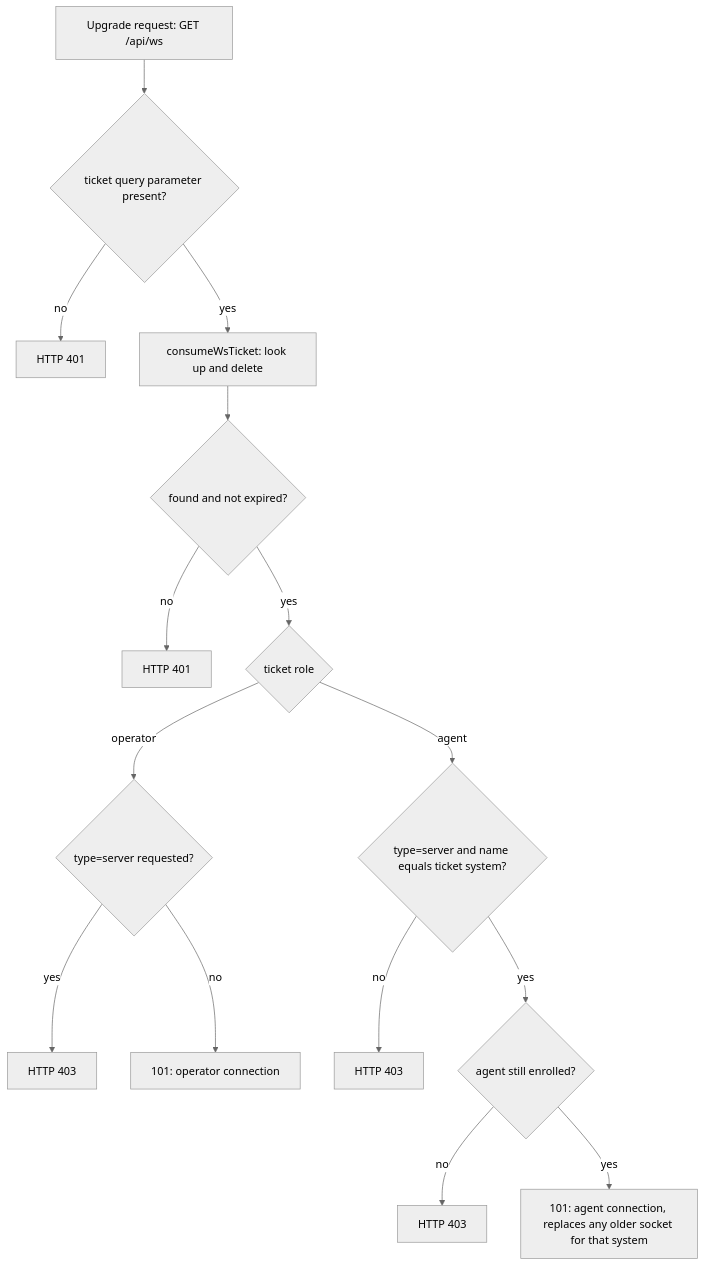
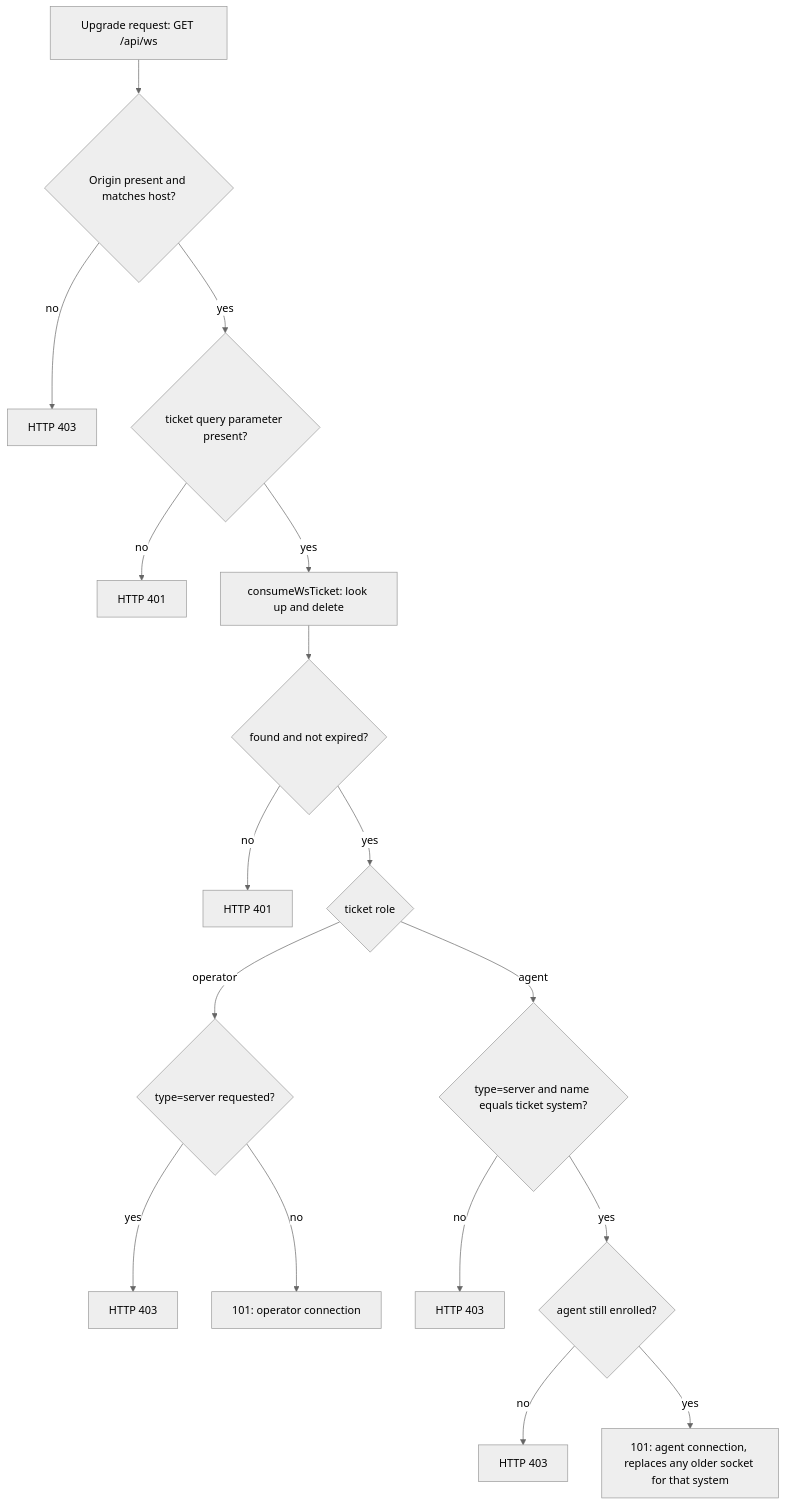
One commit to nirjan-dev/servomon changed the third of 5 diagrams in docs/websocket-auth.md. Above: the diagram before and after it, drawn with Mermaid (neutral theme). The commit also changed other lines of this file and 17 other files, not shown here.

````diff
--- a/docs/websocket-auth.md
+++ b/docs/websocket-auth.md
@@ -78,17 +78,19 @@
 ```mermaid
 flowchart TD
-    A["Upgrade request: GET /api/ws"] --> B{"ticket query parameter present?"}
+    A["Upgrade request: GET /api/ws"] --> O{"Origin present and matches host?"}
+    O -- no --> R0["HTTP 403"]
+    O -- yes --> B{"ticket query parameter present?"}
     B -- no --> R1["HTTP 401"]
     B -- yes --> C["consumeWsTicket: look up and delete"]
     C --> D{"found and not expired?"}
     D -- no --> R2["HTTP 401"]
     D -- yes --> E{"ticket role"}
     E -- operator --> F{"type=server requested?"}
     F -- yes --> R3["HTTP 403"]
     F -- no --> OK1["101: operator connection"]
     E -- agent --> G{"type=server and name equals ticket system?"}
     G -- no --> R4["HTTP 403"]
     G -- yes --> H{"agent still enrolled?"}
     H -- no --> R5["HTTP 403"]
     H -- yes --> OK2["101: agent connection, replaces any older socket for that system"]
 ```
````
